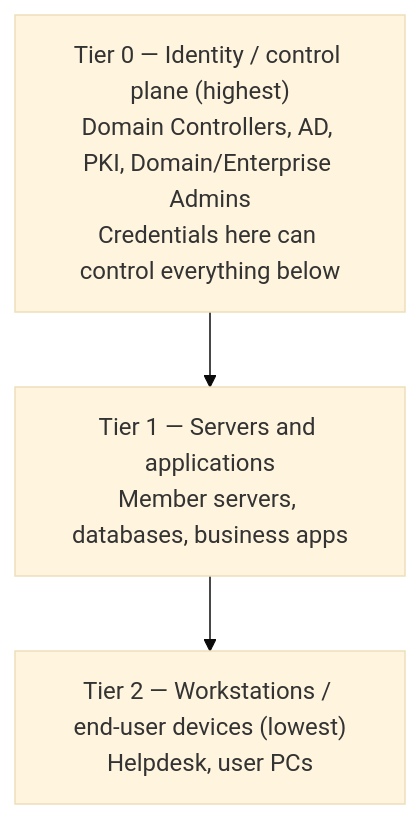
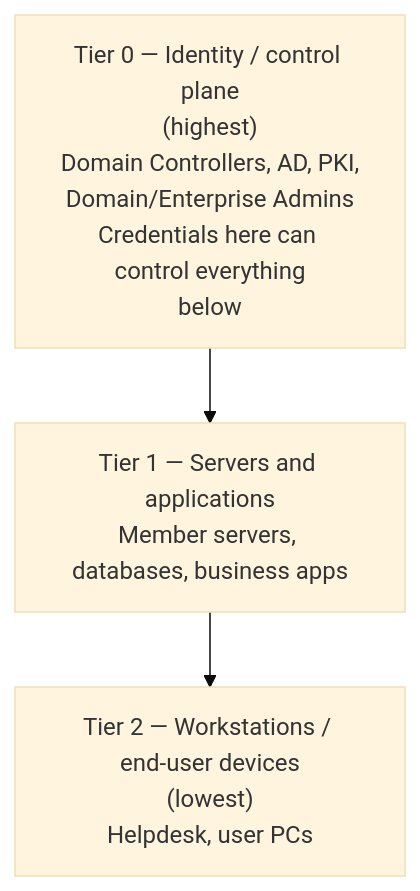
One commit to morandeirachema/WallixCerts changed the fourth of 4 diagrams in prerequisites/windows-and-active-directory.md. Above: the diagram before and after it, drawn with Mermaid (base theme). The commit also changed 37 other files, not shown here.

First line of the commit message:
Make Mermaid node boxes fit their text (wrap long labels) + enforce it

````diff
--- a/prerequisites/windows-and-active-directory.md
+++ b/prerequisites/windows-and-active-directory.md
@@ -221,7 +221,7 @@
 ```mermaid
 flowchart TD
-    T0["Tier 0 — Identity / control plane (highest)<br/>Domain Controllers, AD, PKI, Domain/Enterprise Admins<br/>Credentials here can control everything below"]
+    T0["Tier 0 — Identity / control plane<br/>(highest)<br/>Domain Controllers, AD, PKI,<br/>Domain/Enterprise Admins<br/>Credentials here can control everything<br/>below"]
     T1["Tier 1 — Servers and applications<br/>Member servers, databases, business apps"]
-    T2["Tier 2 — Workstations / end-user devices (lowest)<br/>Helpdesk, user PCs"]
+    T2["Tier 2 — Workstations / end-user devices<br/>(lowest)<br/>Helpdesk, user PCs"]
     T0 --> T1 --> T2
 ```
````
